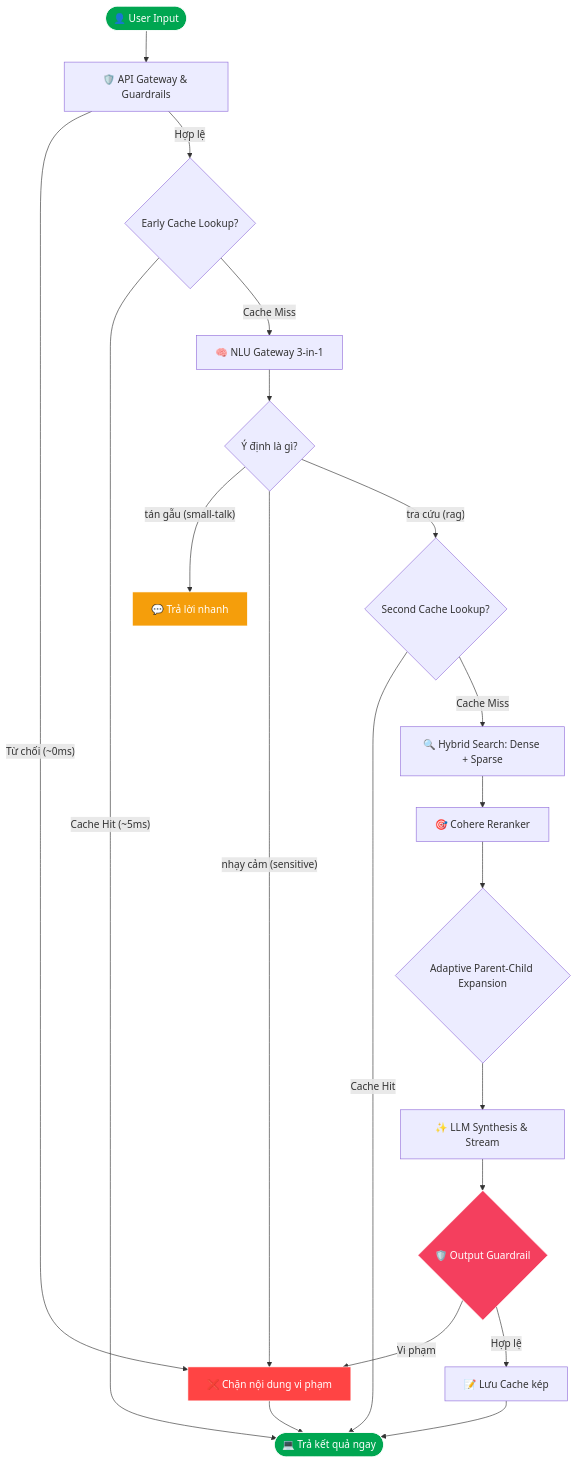
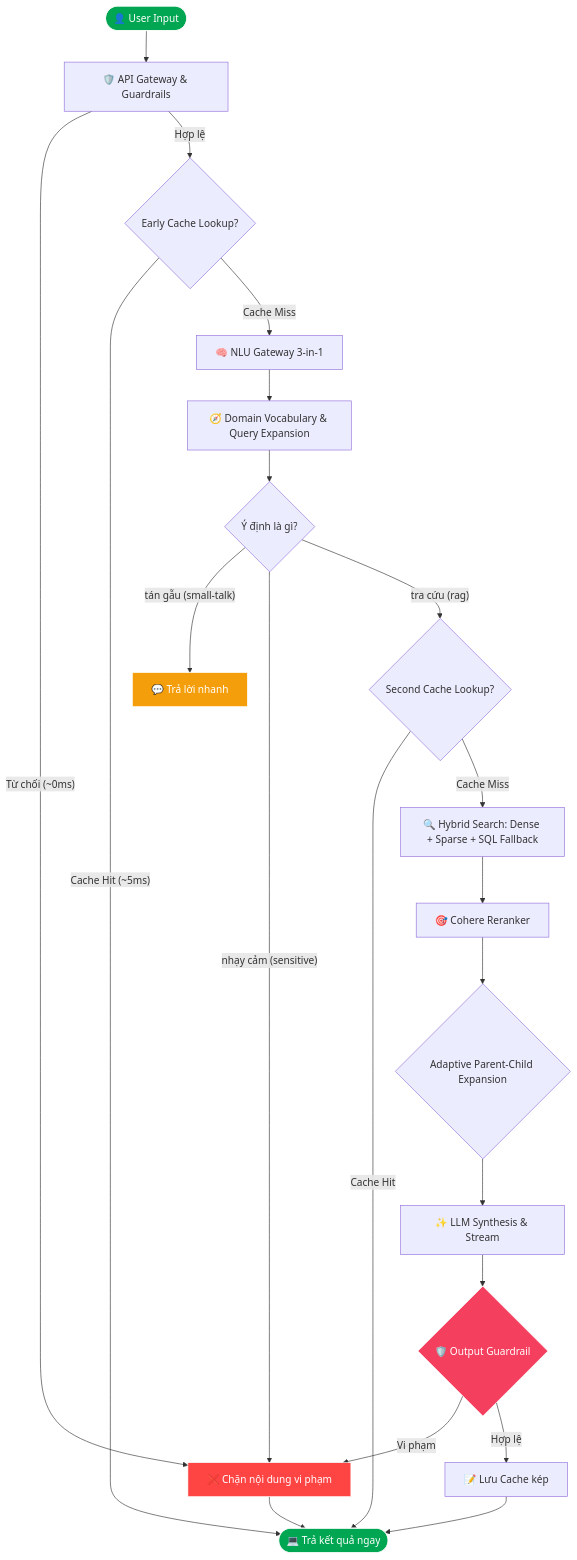
The diagram in README.md (dungltcn272/XANH_SM_AI_ASSISTANT_V1), drawn with Mermaid before and after one commit. The commit also changed other lines of this file and 34 other files, not shown here.

````diff
--- a/README.md
+++ b/README.md
@@ -97,35 +101,36 @@
 ```mermaid
 graph TD
     A([👤 User Input]) --> B[🛡️ API Gateway & Guardrails]
     B -- "Từ chối (~0ms)" --> Block[❌ Chặn nội dung vi phạm]
     B -- "Hợp lệ" --> C{Early Cache Lookup?}
     
     C -- "Cache Hit (~5ms)" --> Out([💻 Trả kết quả ngay])
     C -- "Cache Miss" --> D[🧠 NLU Gateway 3-in-1]
     
-    D --> E{Ý định là gì?}
+    D --> DV[🧭 Domain Vocabulary & Query Expansion]
+    DV --> E{Ý định là gì?}
     E -- "tán gẫu (small-talk)" --> Stalk[💬 Trả lời nhanh]
     E -- "nhạy cảm (sensitive)" --> Block
     E -- "tra cứu (rag)" --> F{Second Cache Lookup?}
     
     F -- "Cache Hit" --> Out
-    F -- "Cache Miss" --> G[🔍 Hybrid Search: Dense + Sparse]
+    F -- "Cache Miss" --> G[🔍 Hybrid Search: Dense + Sparse + SQL Fallback]
     
     G --> H[🎯 Cohere Reranker]
     H --> I{Adaptive Parent-Child Expansion}
     
     I --> K[✨ LLM Synthesis & Stream]
     K --> GuardOut{🛡️ Output Guardrail}
     
     %% Phân tách an toàn đầu ra
     GuardOut -- "Vi phạm" --> Block
     GuardOut -- "Hợp lệ" --> CacheSave[📝 Lưu Cache kép]
     CacheSave --> Out
     Block --> Out
     
     style A fill:#00A651,stroke:#fff,color:#fff
     style Out fill:#00A651,stroke:#fff,color:#fff
     style Block fill:#ff4444,stroke:#fff,color:#fff
     style Stalk fill:#f59e0b,stroke:#fff,color:#fff
     style GuardOut fill:#f43f5e,stroke:#fff,color:#fff
 ```
````
